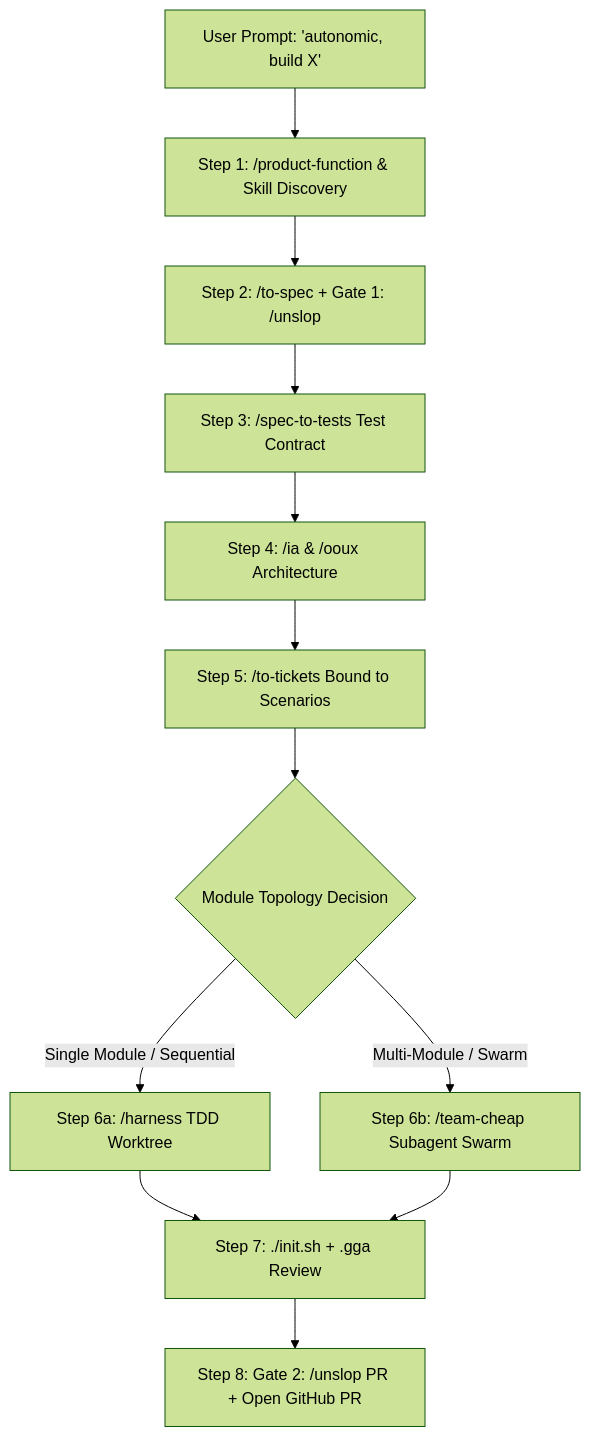
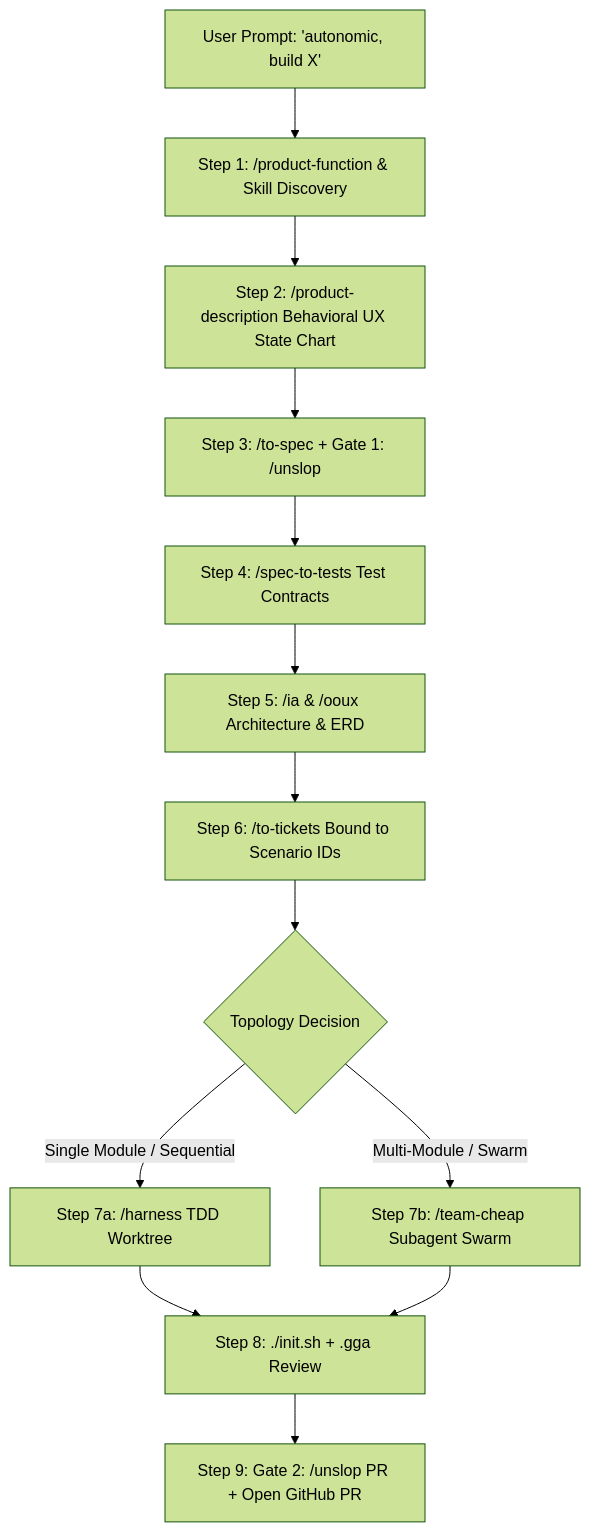
Before and after one commit to cesarchavezcal/agent-boilerplate: the diagram in .agents/skills/autonomic/SKILL.md, drawn with Mermaid (forest theme). The commit also changed other lines of this file and 3 other files, not shown here.

Commit message:
feat(skills): add /product-description skill for outside-in behavioral UX state charts

````diff
--- a/.agents/skills/autonomic/SKILL.md
+++ b/.agents/skills/autonomic/SKILL.md
@@ -27,14 +27,15 @@
 ```mermaid
 flowchart TD
     A[User Prompt: 'autonomic, build X'] --> B[Step 1: /product-function & Skill Discovery]
-    B --> C[Step 2: /to-spec + Gate 1: /unslop]
-    C --> D[Step 3: /spec-to-tests Test Contract]
-    D --> E[Step 4: /ia & /ooux Architecture]
-    E --> F[Step 5: /to-tickets Bound to Scenarios]
-    F --> G{Module Topology Decision}
-    G -- Single Module / Sequential --> H[Step 6a: /harness TDD Worktree]
-    G -- Multi-Module / Swarm --> I[Step 6b: /team-cheap Subagent Swarm]
-    H --> J[Step 7: ./init.sh + .gga Review]
-    I --> J
-    J --> K[Step 8: Gate 2: /unslop PR + Open GitHub PR]
+    B --> C[Step 2: /product-description Behavioral UX State Chart]
+    C --> D[Step 3: /to-spec + Gate 1: /unslop]
+    D --> E[Step 4: /spec-to-tests Test Contracts]
+    E --> F[Step 5: /ia & /ooux Architecture & ERD]
+    F --> G[Step 6: /to-tickets Bound to Scenario IDs]
+    G --> H{Topology Decision}
+    H -- Single Module / Sequential --> I[Step 7a: /harness TDD Worktree]
+    H -- Multi-Module / Swarm --> J[Step 7b: /team-cheap Subagent Swarm]
+    I --> K[Step 8: ./init.sh + .gga Review]
+    J --> K
+    K --> L[Step 9: Gate 2: /unslop PR + Open GitHub PR]
 ```
````
